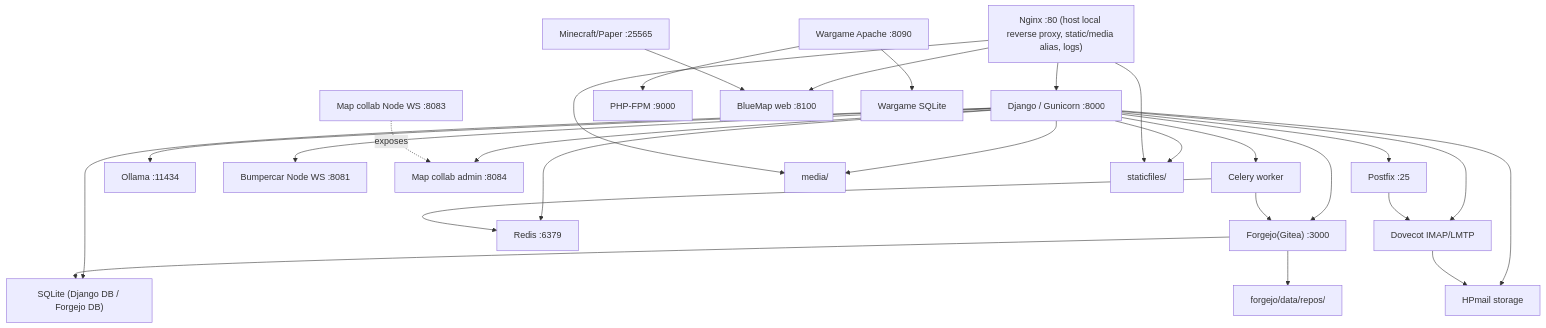
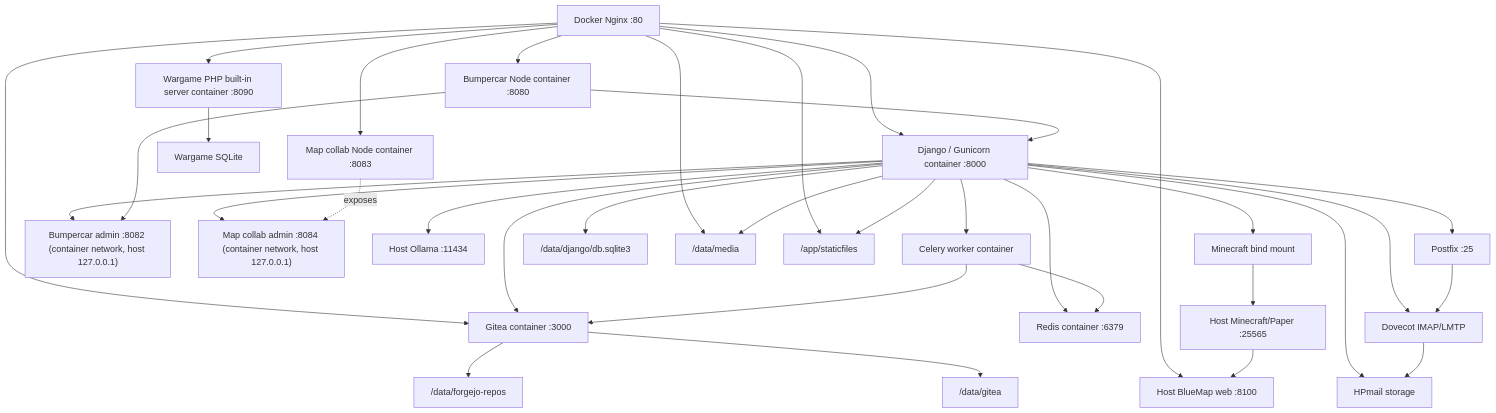
One commit to Adihang/Hanplanet changed the second of 2 diagrams in README.md. Above: the diagram before and after it, drawn with Mermaid. The commit also changed other lines of this file and 50 other files, not shown here.

Commit message:
Refactor app flows and update UI state handling

````diff
--- a/README.md
+++ b/README.md
@@ -70,51 +66,60 @@
 ```mermaid
 flowchart TD
-  Django["Django / Gunicorn :8000"]
-  Nginx["Nginx :80 (host local reverse proxy, static/media alias, logs)"]
-  Forgejo["Forgejo(Gitea) :3000"]
-  Redis["Redis :6379"]
-  Celery["Celery worker"]
-  Ollama["Ollama :11434"]
-  Game["Bumpercar Node WS :8081"]
-  MapCollab["Map collab Node WS :8083"]
-  MapAdmin["Map collab admin :8084"]
-  Wargame["Wargame Apache :8090"]
-  PHPFPM["PHP-FPM :9000"]
+  Nginx["Docker Nginx :80"]
+  Django["Django / Gunicorn container :8000"]
+  Gitea["Gitea container :3000"]
+  Redis["Redis container :6379"]
+  Celery["Celery worker container"]
+  Game["Bumpercar Node container :8080"]
+  GameAdmin["Bumpercar admin :8082 (container network, host 127.0.0.1)"]
+  MapCollab["Map collab Node container :8083"]
+  MapAdmin["Map collab admin :8084 (container network, host 127.0.0.1)"]
+  Wargame["Wargame PHP built-in server container :8090"]
+  Ollama["Host Ollama :11434"]
   Postfix["Postfix :25"]
   Dovecot["Dovecot IMAP/LMTP"]
   HPmailStorage["HPmail storage"]
-  Minecraft["Minecraft/Paper :25565"]
-  BlueMap["BlueMap web :8100"]
-  SQLite["SQLite (Django DB / Forgejo DB)"]
+  Minecraft["Host Minecraft/Paper :25565"]
+  BlueMap["Host BlueMap web :8100"]
+  DjangoDB["/data/django/db.sqlite3"]
+  GiteaDB["/data/gitea"]
   WargameDB["Wargame SQLite"]
-  Media["media/"]
-  Static["staticfiles/"]
-  RepoData["forgejo/data/repos/"]
+  Media["/data/media"]
+  Static["/app/staticfiles"]
+  RepoData["/data/forgejo-repos"]
+  McData["Minecraft bind mount"]
 
-  Django --> SQLite
+  Nginx --> Django
+  Nginx --> Gitea
+  Nginx --> Game
+  Nginx --> MapCollab
+  Nginx --> Wargame
+  Nginx --> Static
+  Nginx --> Media
+  Nginx --> BlueMap
+  Django --> DjangoDB
   Django --> Media
   Django --> Static
   Django --> Ollama
   Django --> Redis
   Django --> Celery
-  Django --> Forgejo
+  Django --> Gitea
+  Django --> GameAdmin
   Django --> MapAdmin
+  Django --> McData
   Django --> Dovecot
   Django --> Postfix
   Django --> HPmailStorage
   Postfix --> Dovecot
   Dovecot --> HPmailStorage
-  Celery --> Forgejo
+  Celery --> Gitea
   Celery --> Redis
-  Forgejo --> RepoData
-  Forgejo --> SQLite
-  Django --> Game
+  Gitea --> RepoData
+  Gitea --> GiteaDB
+  Game --> Django
+  Game --> GameAdmin
   MapCollab -. exposes .-> MapAdmin
-  Wargame --> PHPFPM
   Wargame --> WargameDB
-  Nginx --> Django
-  Nginx --> Static
-  Nginx --> Media
-  Nginx --> BlueMap
   Minecraft --> BlueMap
+  McData --> Minecraft
 ```
````
